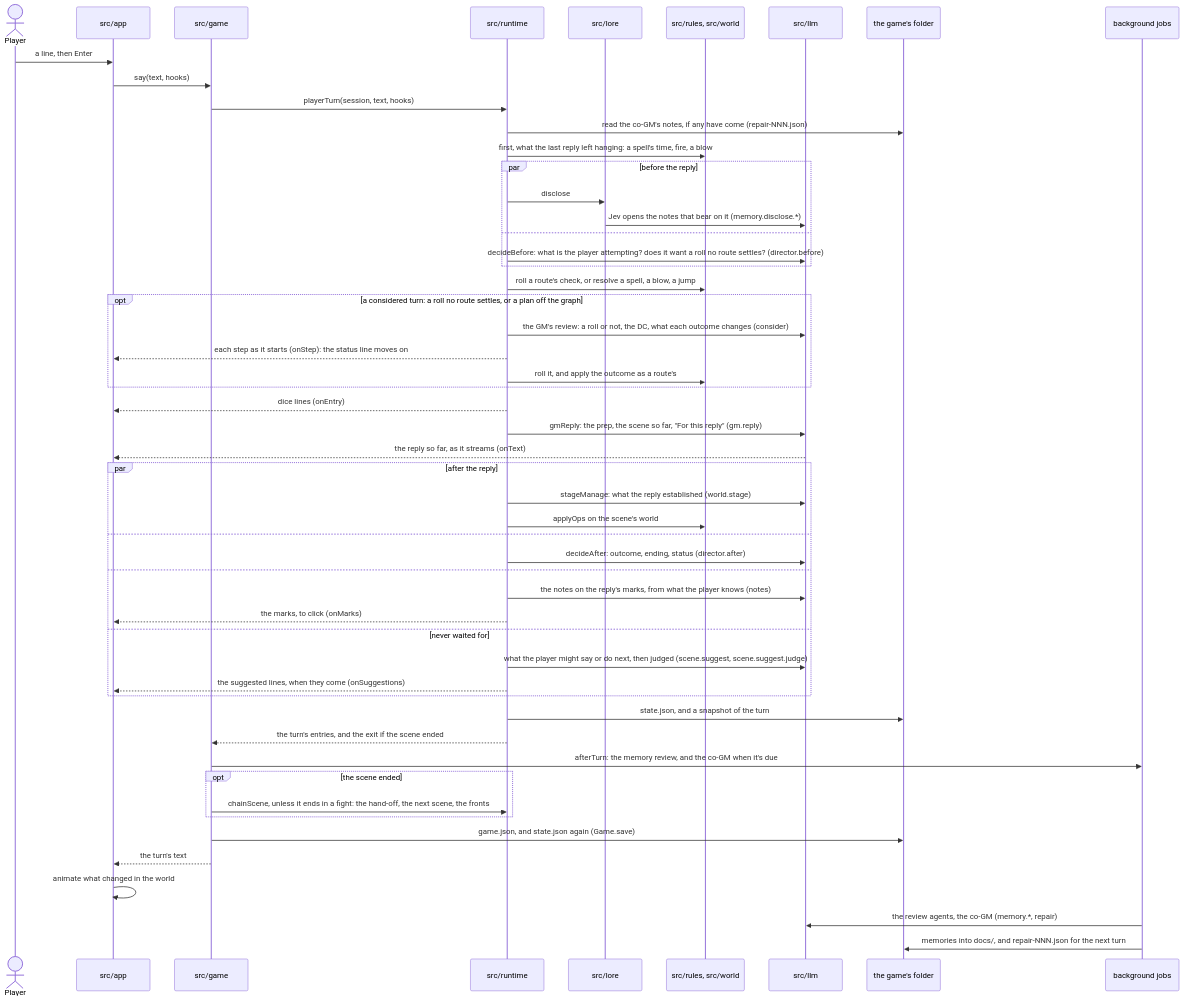
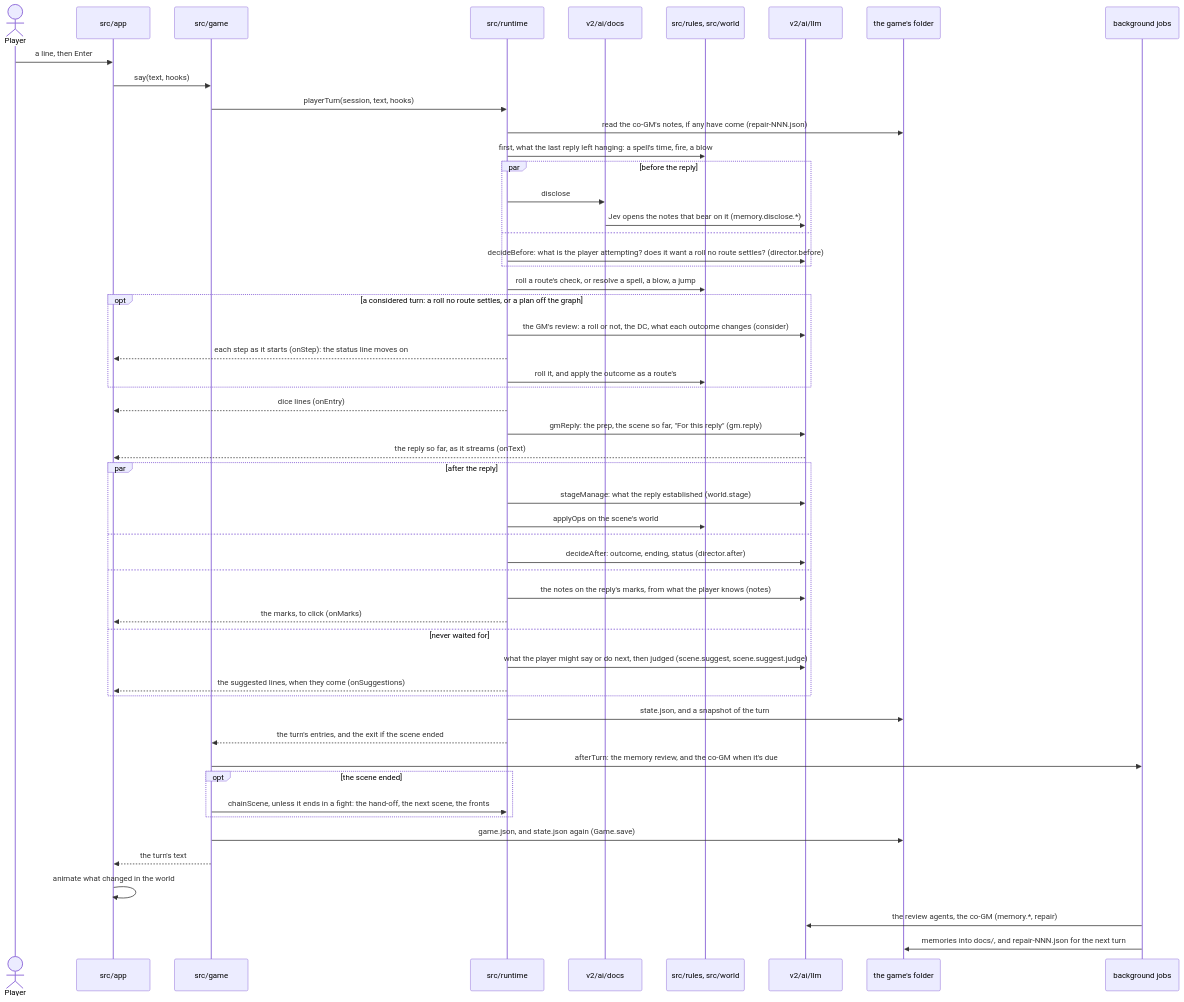
The second of 2 diagrams in ARCHITECTURE.md (Tatskaari/kingmaker), drawn with Mermaid before and after one commit. The commit also changed other lines of this file and 34 other files, not shown here.

````diff
--- a/ARCHITECTURE.md
+++ b/ARCHITECTURE.md
@@ -152,56 +162,56 @@
 ```mermaid
 sequenceDiagram
   actor P as Player
   participant App as src/app
   participant Core as src/game
   participant RT as src/runtime
-  participant Lore as src/lore
+  participant Lore as v2/ai/docs
   participant RW as src/rules, src/world
-  participant LLM as src/llm
+  participant LLM as v2/ai/llm
   participant Disk as the game's folder
   participant Jobs as background jobs
 
   P->>App: a line, then Enter
   App->>Core: say(text, hooks)
   Core->>RT: playerTurn(session, text, hooks)
   RT->>Disk: read the co-GM's notes, if any have come (repair-NNN.json)
   RT->>RW: first, what the last reply left hanging: a spell's time, fire, a blow
   par before the reply
     RT->>Lore: disclose
     Lore->>LLM: Jev opens the notes that bear on it (memory.disclose.*)
   and
     RT->>LLM: decideBefore: what is the player attempting? does it want a roll no route settles? (director.before)
   end
   RT->>RW: roll a route's check, or resolve a spell, a blow, a jump
   opt a considered turn: a roll no route settles, or a plan off the graph
     RT->>LLM: the GM's review: a roll or not, the DC, what each outcome changes (consider)
     RT-->>App: each step as it starts (onStep): the status line moves on
     RT->>RW: roll it, and apply the outcome as a route's
   end
   RT-->>App: dice lines (onEntry)
   RT->>LLM: gmReply: the prep, the scene so far, "For this reply" (gm.reply)
   LLM-->>App: the reply so far, as it streams (onText)
   par after the reply
     RT->>LLM: stageManage: what the reply established (world.stage)
     RT->>RW: applyOps on the scene's world
   and
     RT->>LLM: decideAfter: outcome, ending, status (director.after)
   and
     RT->>LLM: the notes on the reply's marks, from what the player knows (notes)
     RT-->>App: the marks, to click (onMarks)
   and never waited for
     RT->>LLM: what the player might say or do next, then judged (scene.suggest, scene.suggest.judge)
     RT-->>App: the suggested lines, when they come (onSuggestions)
   end
   RT->>Disk: state.json, and a snapshot of the turn
   RT-->>Core: the turn's entries, and the exit if the scene ended
   Core->>Jobs: afterTurn: the memory review, and the co-GM when it's due
   opt the scene ended
     Core->>RT: chainScene, unless it ends in a fight: the hand-off, the next scene, the fronts
   end
   Core->>Disk: game.json, and state.json again (Game.save)
   Core-->>App: the turn's text
   App->>App: animate what changed in the world
   Jobs->>LLM: the review agents, the co-GM (memory.*, repair)
   Jobs->>Disk: memories into docs/, and repair-NNN.json for the next turn
 ```
````
